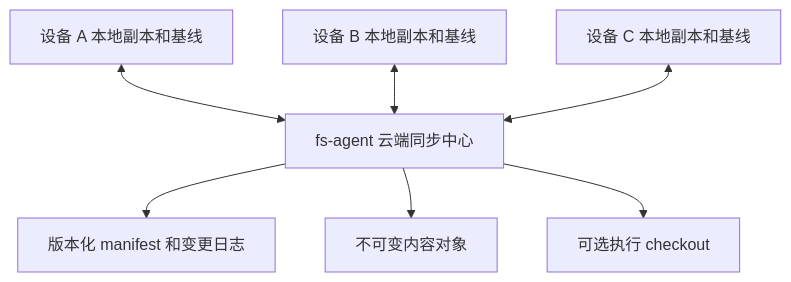
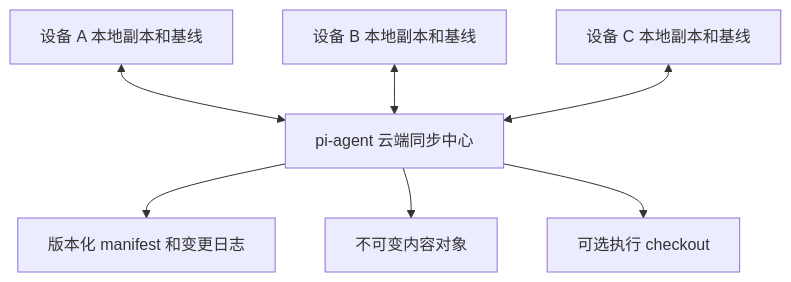
One commit to mushuanli/itookit changed the first of 6 diagrams in doc/design/project-sync.md. Above: the diagram before and after it, drawn with Mermaid. The commit also changed other lines of this file and 188 other files, not shown here.

````diff
--- a/doc/design/project-sync.md
+++ b/doc/design/project-sync.md
@@ -55,9 +55,9 @@
 ```mermaid
 flowchart TD
-    A[设备 A 本地副本和基线] <--> S[fs-agent 云端同步中心]
+    A[设备 A 本地副本和基线] <--> S[pi-agent 云端同步中心]
     B[设备 B 本地副本和基线] <--> S
     C[设备 C 本地副本和基线] <--> S
     S --> H[版本化 manifest 和变更日志]
     S --> O[不可变内容对象]
     S --> E[可选执行 checkout]
 ```
````
